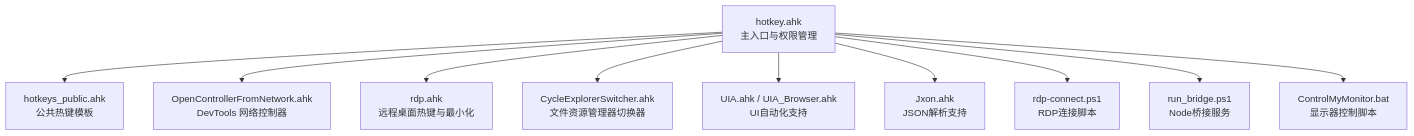
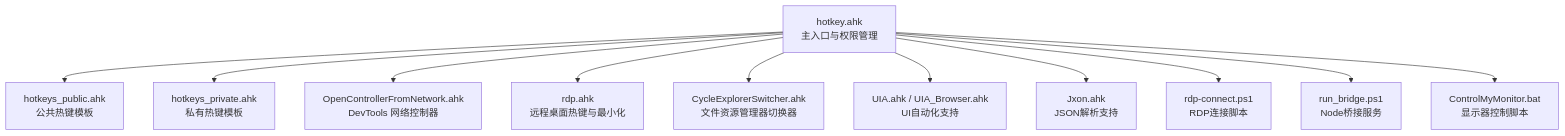
Before and after one commit to wangys-123doit/hotkey: the first of 8 diagrams in .qoder/repowiki/zh/content/核心功能/热键管理系统.md, drawn with Mermaid. The commit also changed other lines of this file and 6 other files, not shown here.

````diff
--- a/.qoder/repowiki/zh/content/核心功能/热键管理系统.md
+++ b/.qoder/repowiki/zh/content/核心功能/热键管理系统.md
@@ -44,12 +43,13 @@
 ```mermaid
 graph TB
 A["hotkey.ahk<br/>主入口与权限管理"] --> B["hotkeys_public.ahk<br/>公共热键模板"]
-A --> C["OpenControllerFromNetwork.ahk<br/>DevTools 网络控制器"]
-A --> D["rdp.ahk<br/>远程桌面热键与最小化"]
-A --> E["CycleExplorerSwitcher.ahk<br/>文件资源管理器切换器"]
-A --> F["UIA.ahk / UIA_Browser.ahk<br/>UI自动化支持"]
-A --> G["Jxon.ahk<br/>JSON解析支持"]
-A --> H["rdp-connect.ps1<br/>RDP连接脚本"]
-A --> I["run_bridge.ps1<br/>Node桥接服务"]
-A --> J["ControlMyMonitor.bat<br/>显示器控制脚本"]
+A --> C["hotkeys_private.ahk<br/>私有热键模板"]
+A --> D["OpenControllerFromNetwork.ahk<br/>DevTools 网络控制器"]
+A --> E["rdp.ahk<br/>远程桌面热键与最小化"]
+A --> F["CycleExplorerSwitcher.ahk<br/>文件资源管理器切换器"]
+A --> G["UIA.ahk / UIA_Browser.ahk<br/>UI自动化支持"]
+A --> H["Jxon.ahk<br/>JSON解析支持"]
+A --> I["rdp-connect.ps1<br/>RDP连接脚本"]
+A --> J["run_bridge.ps1<br/>Node桥接服务"]
+A --> K["ControlMyMonitor.bat<br/>显示器控制脚本"]
 ```
````
